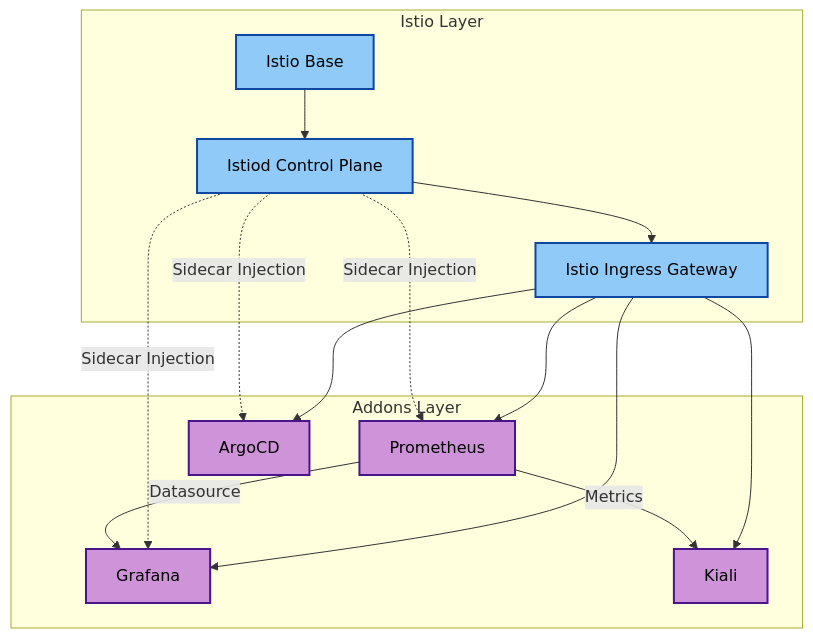
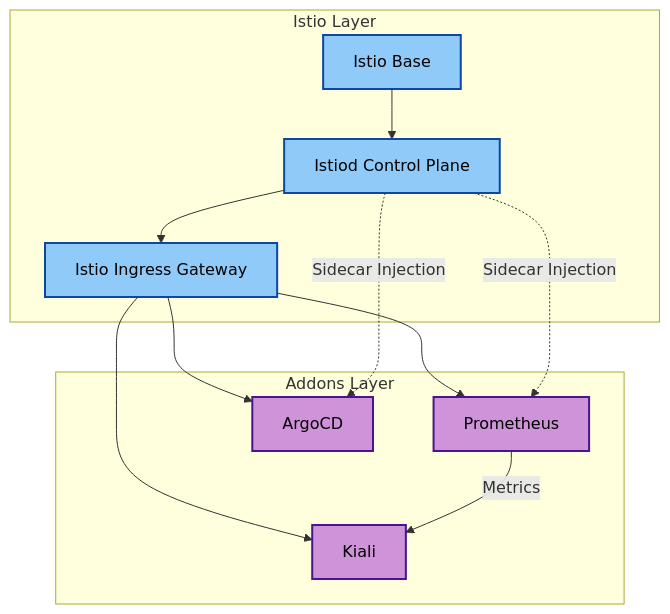
Before and after one commit to urukube/orchestrator-custom-addons: the diagram in README.md, drawn with Mermaid. The commit also changed other lines of this file, not shown here.

````diff
--- a/README.md
+++ b/README.md
@@ -64,28 +22,24 @@
 ```mermaid
 graph TD
     subgraph "Istio Layer"
         Base[Istio Base] --> Istiod[Istiod Control Plane]
         Istiod --> Ingress[Istio Ingress Gateway]
     end
 
     subgraph "Addons Layer"
         Ingress --> Prom[Prometheus]
-        Ingress --> Graf[Grafana]
         Ingress --> Argo[ArgoCD]
         Ingress --> Kiali
     end
 
     Istiod -.->|Sidecar Injection| Prom
-    Istiod -.->|Sidecar Injection| Graf
     Istiod -.->|Sidecar Injection| Argo
 
-    Prom -->|Datasource| Graf
     Prom -->|Metrics| Kiali
 
-    %% Styling
     classDef istio fill:#90caf9,stroke:#0d47a1,stroke-width:2px,color:#000;
     classDef addon fill:#ce93d8,stroke:#4a148c,stroke-width:2px,color:#000;
 
     class Base,Istiod,Ingress istio;
-    class Prom,Graf,Argo,Kiali addon;
+    class Prom,Argo,Kiali addon;
 ```
````
